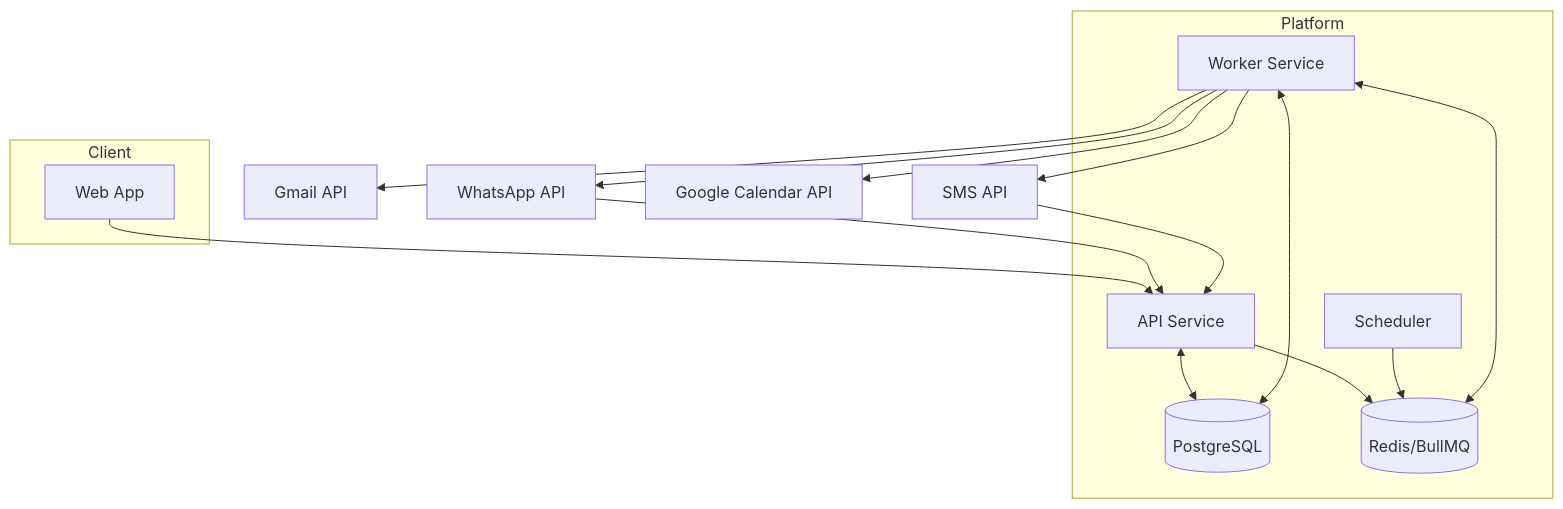
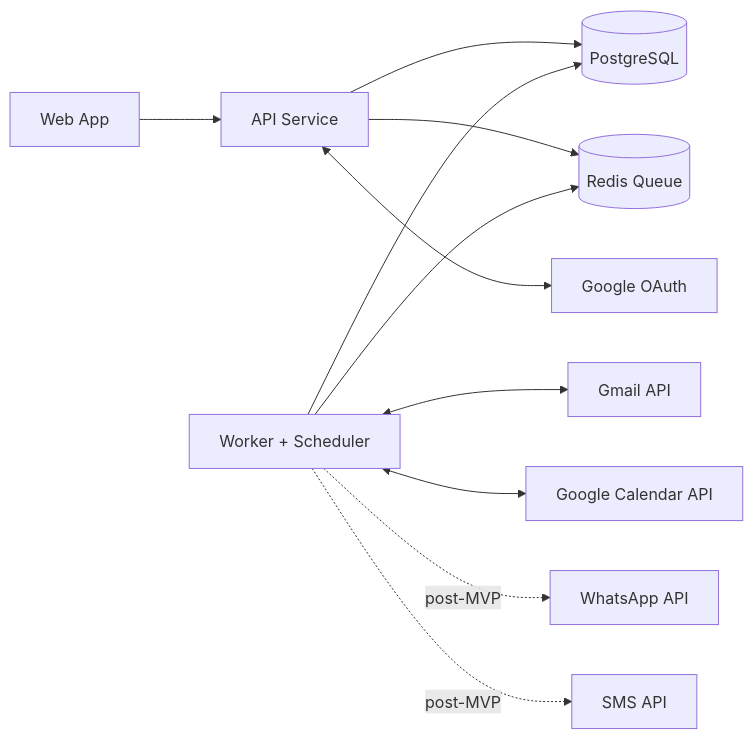
One commit to Amal-Makwana/PersonalAssistant changed the diagram in docs/01-tech-spec/diagrams/container-diagram.md. Above: the diagram before and after it, drawn with Mermaid. The commit also changed other lines of this file and 13 other files, not shown here.

Commit message:
Align tech spec and design docs to MVP calendar-sync scope

````diff
--- a/docs/01-tech-spec/diagrams/container-diagram.md
+++ b/docs/01-tech-spec/diagrams/container-diagram.md
@@ -31,28 +16,15 @@
 ```mermaid
-flowchart TB
-  subgraph Client
-    FE[Web App]
-  end
+flowchart LR
+  WEB[Web App] --> API[API Service]
+  API --> DB[(PostgreSQL)]
+  API --> REDIS[(Redis Queue)]
+  WORKER[Worker + Scheduler] --> REDIS
+  WORKER --> DB
 
-  subgraph Platform
-    API[API Service]
-    WK[Worker Service]
-    SCH[Scheduler]
-    PG[(PostgreSQL)]
-    RQ[(Redis/BullMQ)]
-  end
+  API <--> OAUTH[Google OAuth]
+  WORKER <--> GM[Gmail API]
+  WORKER <--> GC[Google Calendar API]
 
-  FE --> API
-  API <--> PG
-  API --> RQ
-  SCH --> RQ
-  WK <--> RQ
-  WK <--> PG
-
-  WK --> GM[Gmail API]
-  WK --> WA[WhatsApp API]
-  WK --> SMS[SMS API]
-  WK --> GC[Google Calendar API]
-  WA --> API
-  SMS --> API
+  WORKER -. post-MVP .-> WA[WhatsApp API]
+  WORKER -. post-MVP .-> SMS[SMS API]
 ```
````
